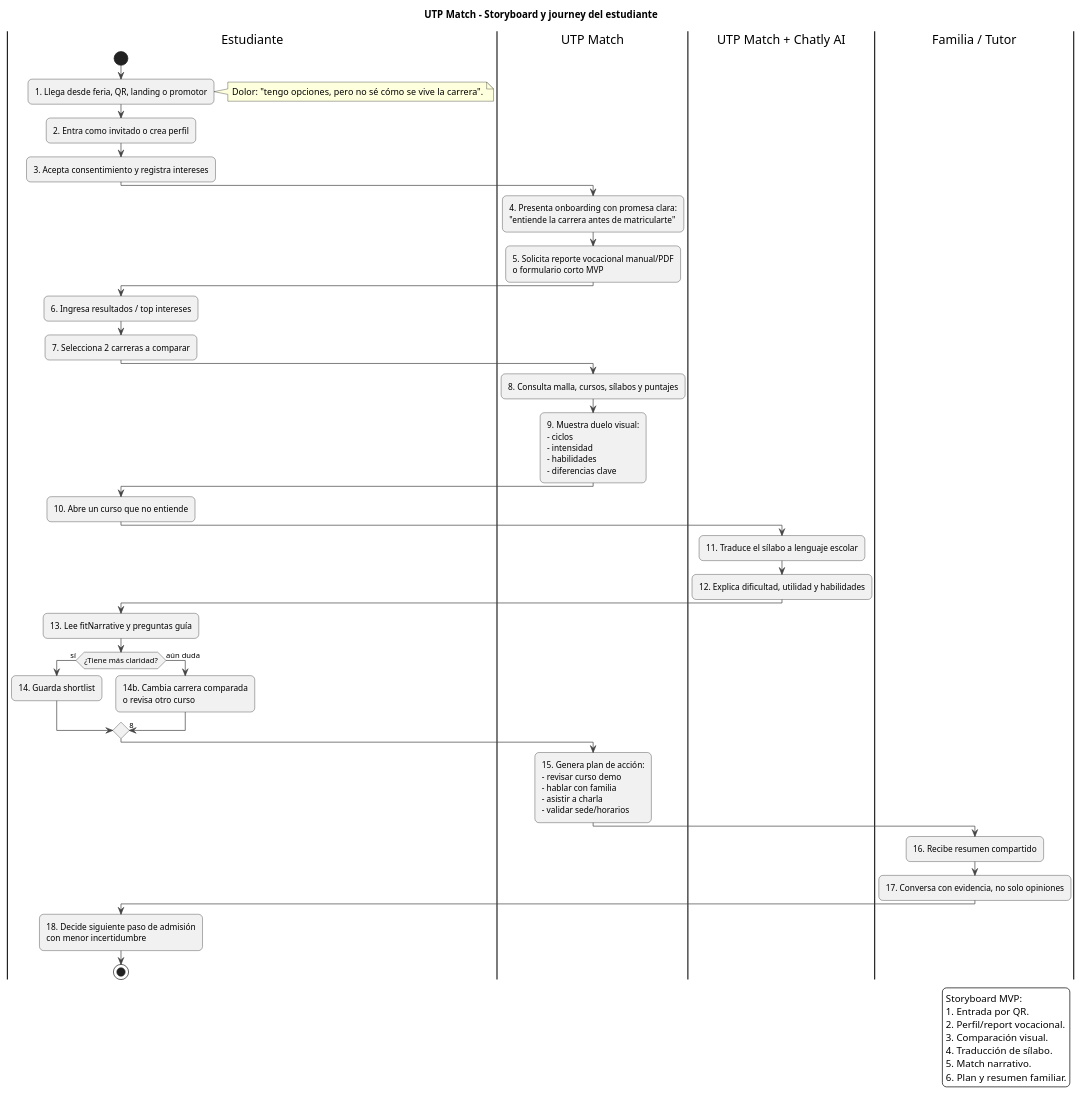
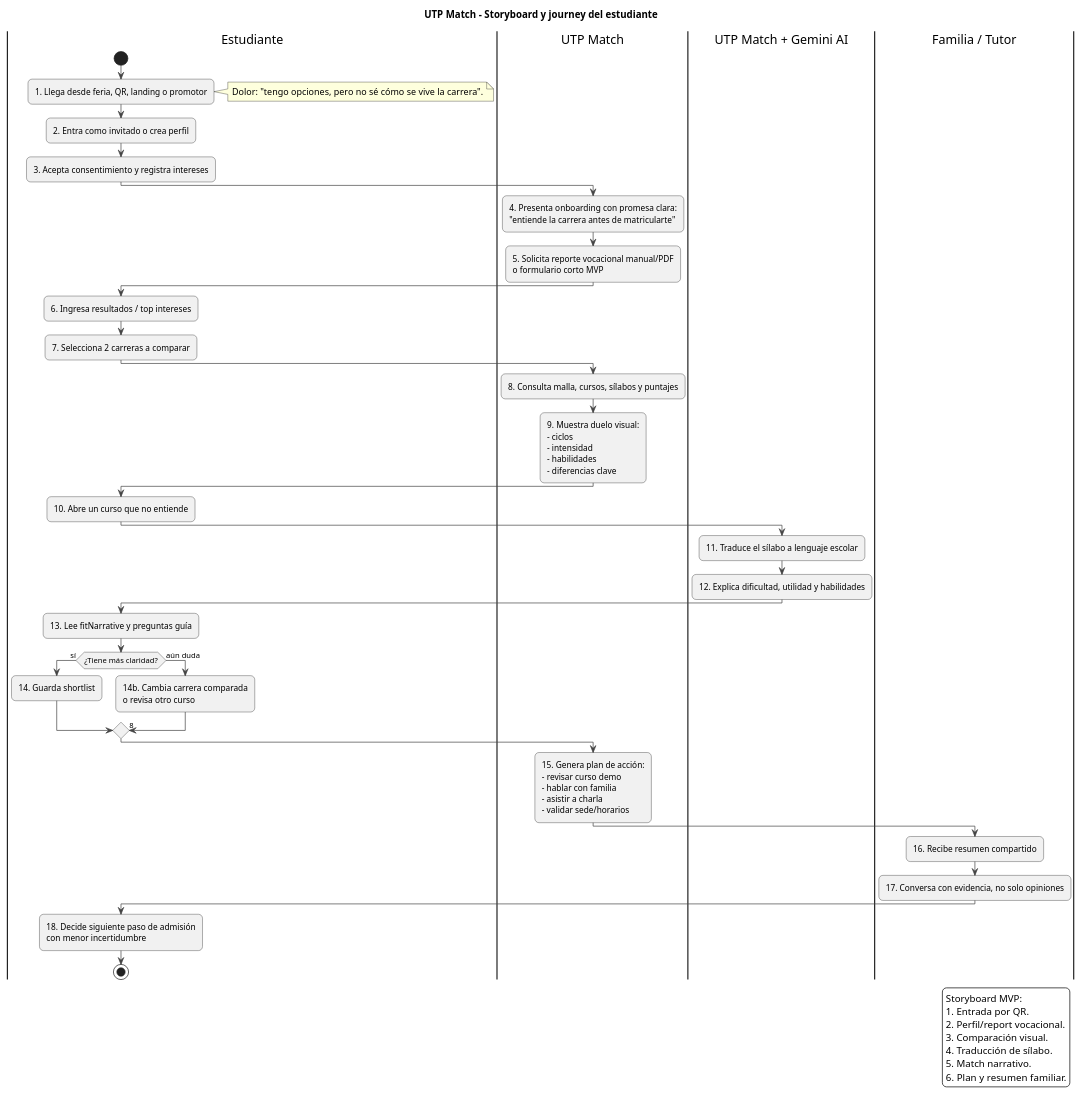
The diagram in plantuml/12_storyboard_journey.puml (Emma3TC-main/utp-match-backend), drawn with PlantUML before and after one commit. The commit also changed 15 other files, not shown here.

Commit message:
docs: update architecture diagrams and technical documentation

```diff
--- a/plantuml/12_storyboard_journey.puml
+++ b/plantuml/12_storyboard_journey.puml
@@ -1,86 +1,86 @@
 @startuml 12_storyboard_journey_utp_match
 !pragma layout smetana
 skinparam backgroundColor #FFFFFF
 skinparam shadowing false
 skinparam handwritten false
 skinparam defaultFontName Arial
 skinparam packageStyle rectangle
 skinparam componentStyle rectangle
 skinparam linetype ortho
 skinparam ArrowColor #444444
 skinparam classAttributeIconSize 0
 skinparam roundcorner 12
 skinparam nodesep 45
 skinparam ranksep 40
 title UTP Match - Storyboard y journey del estudiante
 
 |Estudiante|
 start
 :1. Llega desde feria, QR, landing o promotor;
 note right
 Dolor: "tengo opciones, pero no sé cómo se vive la carrera".
 end note
 :2. Entra como invitado o crea perfil;
 :3. Acepta consentimiento y registra intereses;
 
 |UTP Match|
 :4. Presenta onboarding con promesa clara:
 "entiende la carrera antes de matricularte";
 :5. Solicita reporte vocacional manual/PDF
 o formulario corto MVP;
 
 |Estudiante|
 :6. Ingresa resultados / top intereses;
 :7. Selecciona 2 carreras a comparar;
 
 |UTP Match|
 :8. Consulta malla, cursos, sílabos y puntajes;
 :9. Muestra duelo visual:
 - ciclos
 - intensidad
 - habilidades
 - diferencias clave;
 
 |Estudiante|
 :10. Abre un curso que no entiende;
 
-|UTP Match + Chatly AI|
+|UTP Match + Gemini AI|
 :11. Traduce el sílabo a lenguaje escolar;
 :12. Explica dificultad, utilidad y habilidades;
 
 |Estudiante|
 :13. Lee fitNarrative y preguntas guía;
 if (¿Tiene más claridad?) then (sí)
   :14. Guarda shortlist;
 else (aún duda)
   :14b. Cambia carrera comparada
 o revisa otro curso;
   -> 8;
 endif
 
 |UTP Match|
 :15. Genera plan de acción:
 - revisar curso demo
 - hablar con familia
 - asistir a charla
 - validar sede/horarios;
 
 |Familia / Tutor|
 :16. Recibe resumen compartido;
 :17. Conversa con evidencia, no solo opiniones;
 
 |Estudiante|
 :18. Decide siguiente paso de admisión
 con menor incertidumbre;
 stop
 
 legend right
 Storyboard MVP:
 1. Entrada por QR.
 2. Perfil/report vocacional.
 3. Comparación visual.
 4. Traducción de sílabo.
 5. Match narrativo.
 6. Plan y resumen familiar.
 endlegend
 @enduml
```
